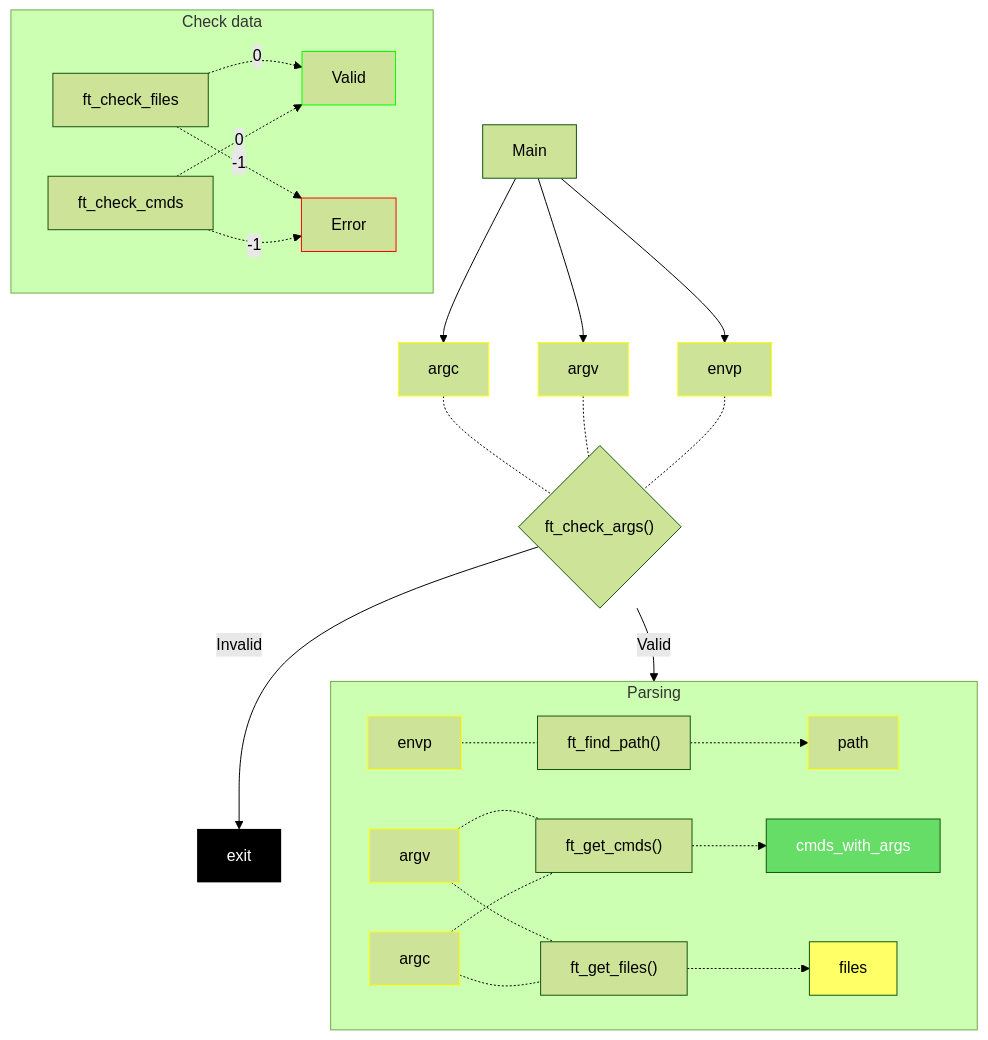
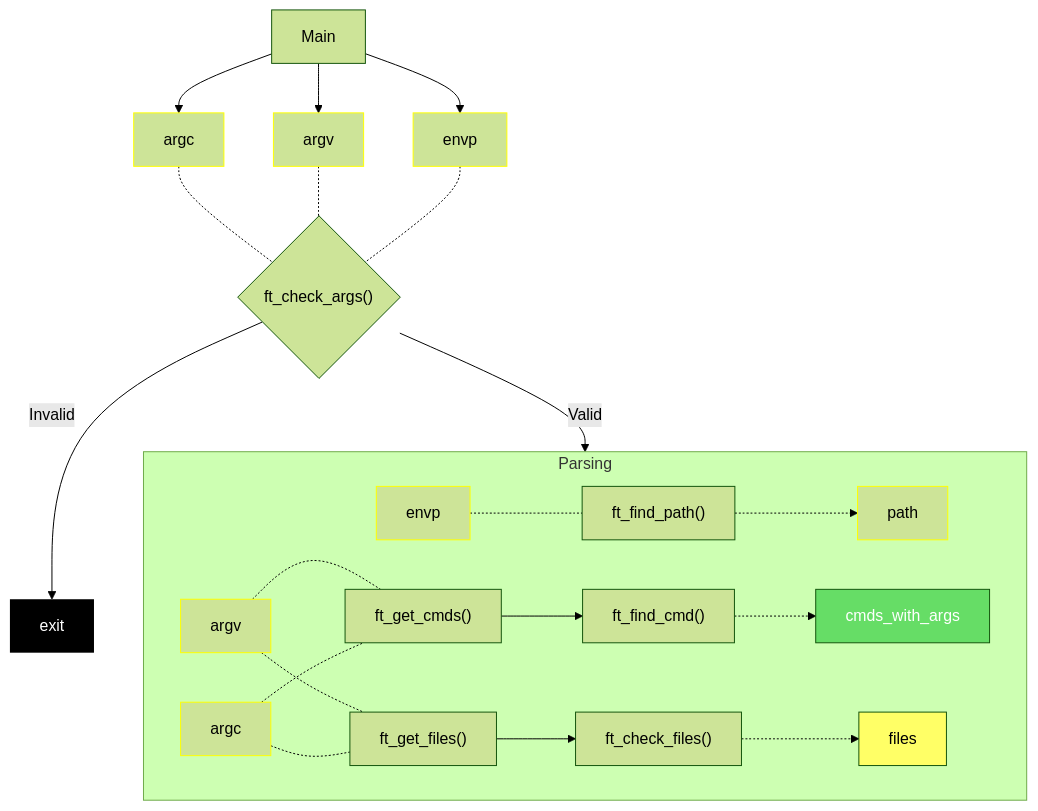
Before and after one commit to Tablerase/42_Projects: the second of 10 diagrams in Pipex/README.md, drawn with Mermaid (forest theme). The commit also changed other lines of this file and 1 other file, not shown here.

````diff
--- a/Pipex/README.md
+++ b/Pipex/README.md
@@ -82,47 +82,40 @@
 ```mermaid
 flowchart TB
   classDef cmd fill:#6d6, color:#fff;
   classDef file fill:#ff6, color:#000;
   classDef filedescriptor fill:#fa0, color:#000;
   classDef note fill:#c4c4c4,stroke-width:0.5px;
   classDef exit fill:#000,stroke:none,color:#fff,stroke-width:2px;
   classDef valid stroke:#0f0
   classDef invalid stroke:#f00
   classDef neutral stroke:#00f
   classDef data stroke:#ff0
   classDef free stroke:#f0f8ff
   classDef nodes stroke:#ee82ee
   classDef padded stroke:#00f,stroke-width:3px
   classDef point fill:#f9f,stroke:#333,stroke-width:2px
   Main --> argc:::data
   Main --> argv:::data
   Main --> envp:::data
   ft_check_args{"ft_check_args()"}
   argc -.- ft_check_args
   argv -.- ft_check_args
   envp -.- ft_check_args
   ft_check_args --> |Valid| A
   ft_check_args --> |Invalid| exit:::exit
   subgraph A["Parsing"]
     direction LR
     path:::data
     envp2[envp]:::data -.- ft_find_path["ft_find_path()"]
     ft_find_path -.-> path
     files:::file
     argv2[argv]:::data -.- ft_get_cmds["ft_get_cmds()"]
     argc2[argc]:::data -.- ft_get_cmds
-    ft_get_cmds -.-> cmds_with_args:::cmd
+    ft_get_cmds --> ft_find_cmd["ft_find_cmd()"]
+    ft_find_cmd -.-> cmds_with_args:::cmd
     argv2 -.- ft_get_files["ft_get_files()"]
     argc2 -.- ft_get_files
-    ft_get_files -.-> files
-  end
-  subgraph B["Check data"]
-    direction LR
-    Valid:::valid
-    Error:::invalid
-    ft_check_files -.-> |0| Valid
-    ft_check_files -.-> |-1| Error
-    ft_check_cmds -.-> |0| Valid
-    ft_check_cmds -.-> |-1| Error
+    ft_get_files --> ft_check_files["ft_check_files()"]
+    ft_check_files -.-> files
   end
 ```
````
